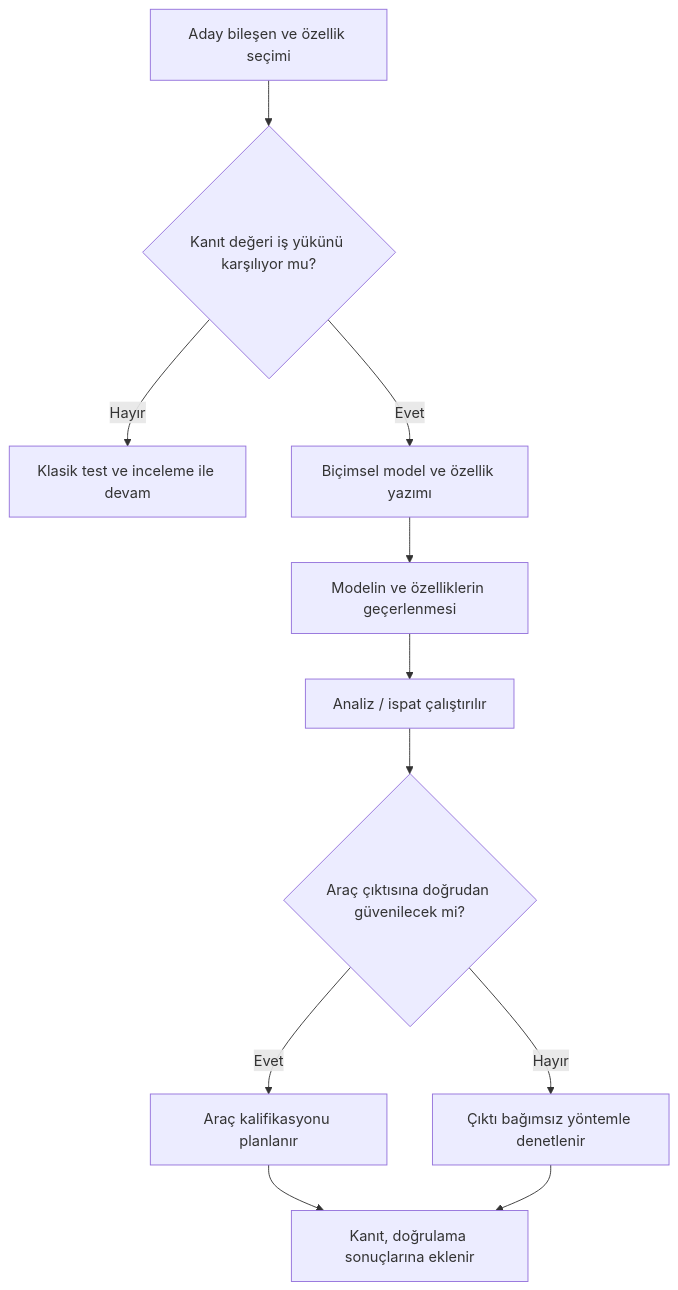
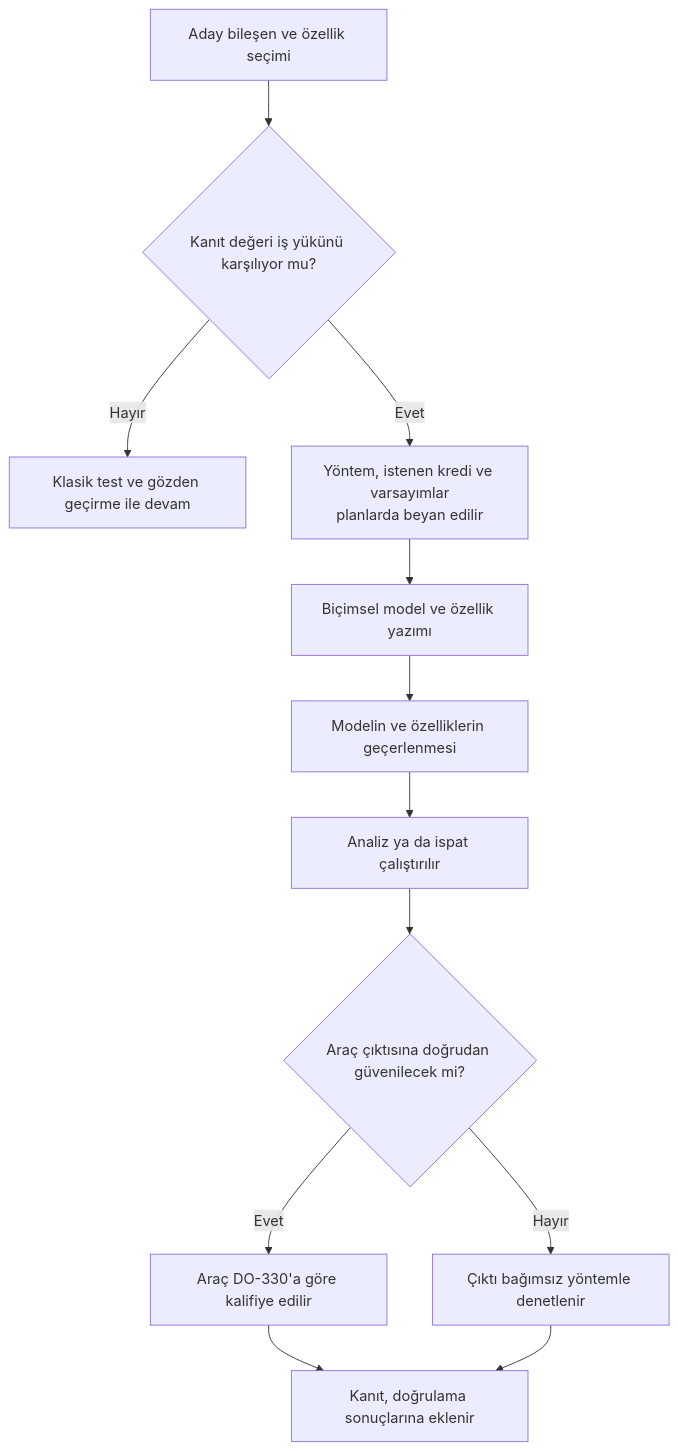
One commit to Mavrikant/aviyonikyazilim changed the diagram in kitap/04-arac-kalifikasyonu-ve-ekler/16-do333-bicimsel-yontemler.md. Above: the diagram before and after it, drawn with Mermaid. The commit also changed other lines of this file and 35 other files, not shown here.

````diff
--- a/kitap/04-arac-kalifikasyonu-ve-ekler/16-do333-bicimsel-yontemler.md
+++ b/kitap/04-arac-kalifikasyonu-ve-ekler/16-do333-bicimsel-yontemler.md
@@ -155,13 +332,14 @@
 ```mermaid
 flowchart TD
-    A[Aday bileşen ve özellik seçimi] --> B{Kanıt değeri iş yükünü karşılıyor mu?}
-    B -- Hayır --> C[Klasik test ve inceleme ile devam]
-    B -- Evet --> D[Biçimsel model ve özellik yazımı]
+    A[Aday bileşen ve özellik seçimi] --> B{"Kanıt değeri iş yükünü karşılıyor mu?"}
+    B -- "Hayır" --> C[Klasik test ve gözden geçirme ile devam]
+    B -- "Evet" --> P["Yöntem, istenen kredi ve varsayımlar<br/>planlarda beyan edilir"]
+    P --> D[Biçimsel model ve özellik yazımı]
     D --> E[Modelin ve özelliklerin geçerlenmesi]
-    E --> F[Analiz / ispat çalıştırılır]
-    F --> G{Araç çıktısına doğrudan güvenilecek mi?}
-    G -- Evet --> H[Araç kalifikasyonu planlanır]
-    G -- Hayır --> I[Çıktı bağımsız yöntemle denetlenir]
-    H --> J[Kanıt, doğrulama sonuçlarına eklenir]
+    E --> F[Analiz ya da ispat çalıştırılır]
+    F --> G{"Araç çıktısına doğrudan güvenilecek mi?"}
+    G -- "Evet" --> H["Araç DO-330'a göre kalifiye edilir"]
+    G -- "Hayır" --> I[Çıktı bağımsız yöntemle denetlenir]
+    H --> J["Kanıt, doğrulama sonuçlarına eklenir"]
     I --> J
 ```
````
